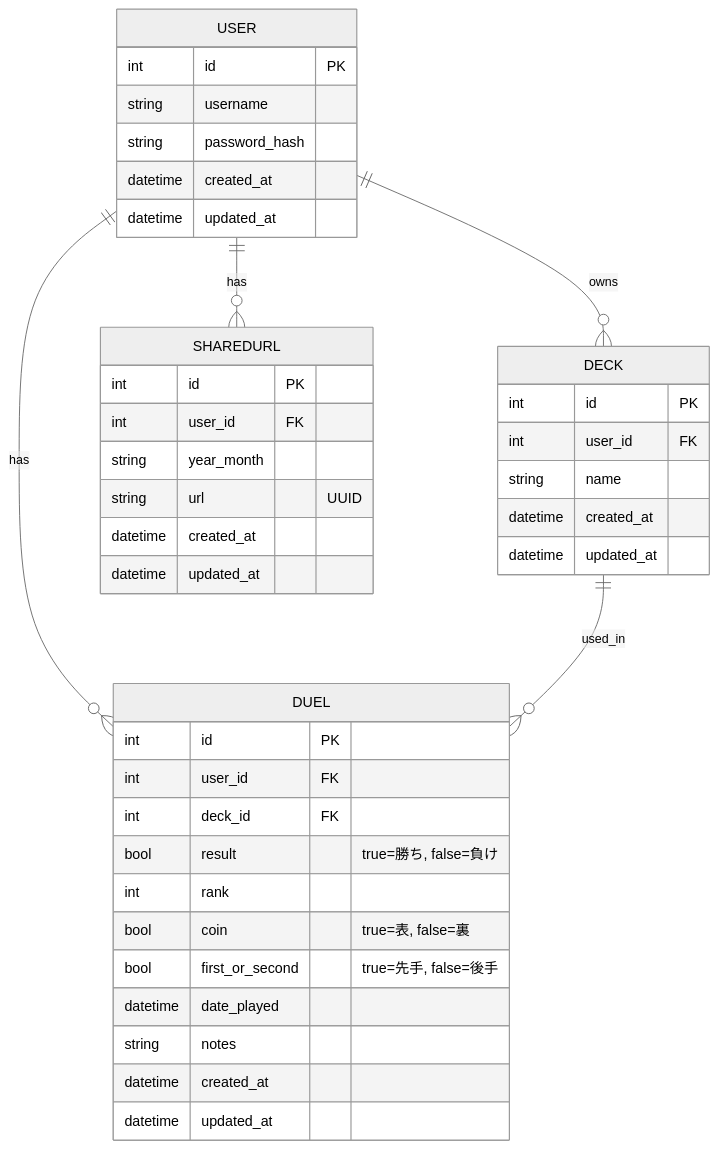
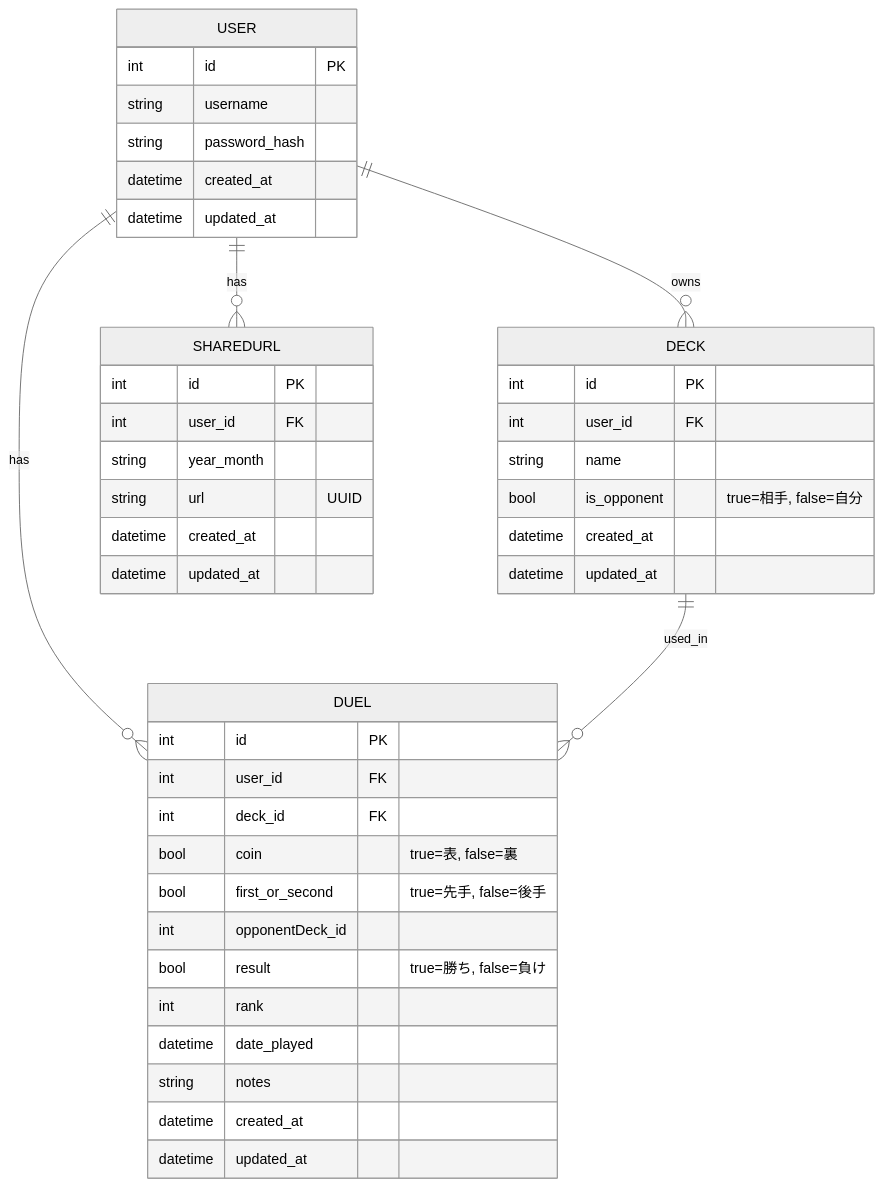
Before and after one commit to krtw00/duel-log-app: the diagram in docs/ER図.md, drawn with Mermaid (neutral theme). The commit also changed 5 other files, not shown here.

````diff
--- a/docs/ER図.md
+++ b/docs/ER図.md
@@ -1,48 +1,50 @@
 ```mermaid
 erDiagram
     USER ||--o{ DECK : owns
     USER ||--o{ DUEL : has
     USER ||--o{ SHAREDURL : has
 
     DECK ||--o{ DUEL : used_in
 
     USER {
         int id PK
         string username
         string password_hash
         datetime created_at
         datetime updated_at
     }
 
     DECK {
         int id PK
         int user_id FK
         string name
+        bool is_opponent        "true=相手, false=自分"
         datetime created_at
         datetime updated_at
     }
 
     DUEL {
         int id PK
         int user_id FK
         int deck_id FK
+        bool coin             "true=表, false=裏"
+        bool first_or_second  "true=先手, false=後手"
+        int opponentDeck_id
         bool result           "true=勝ち, false=負け"
         int rank
-        bool coin             "true=表, false=裏"
-        bool first_or_second  "true=先手, false=後手"
         datetime date_played
         string notes
         datetime created_at
         datetime updated_at
     }
 
     SHAREDURL {
         int id PK
         int user_id FK
         string year_month
         string url            "UUID"
         datetime created_at
         datetime updated_at
     }
 
 ```
````
